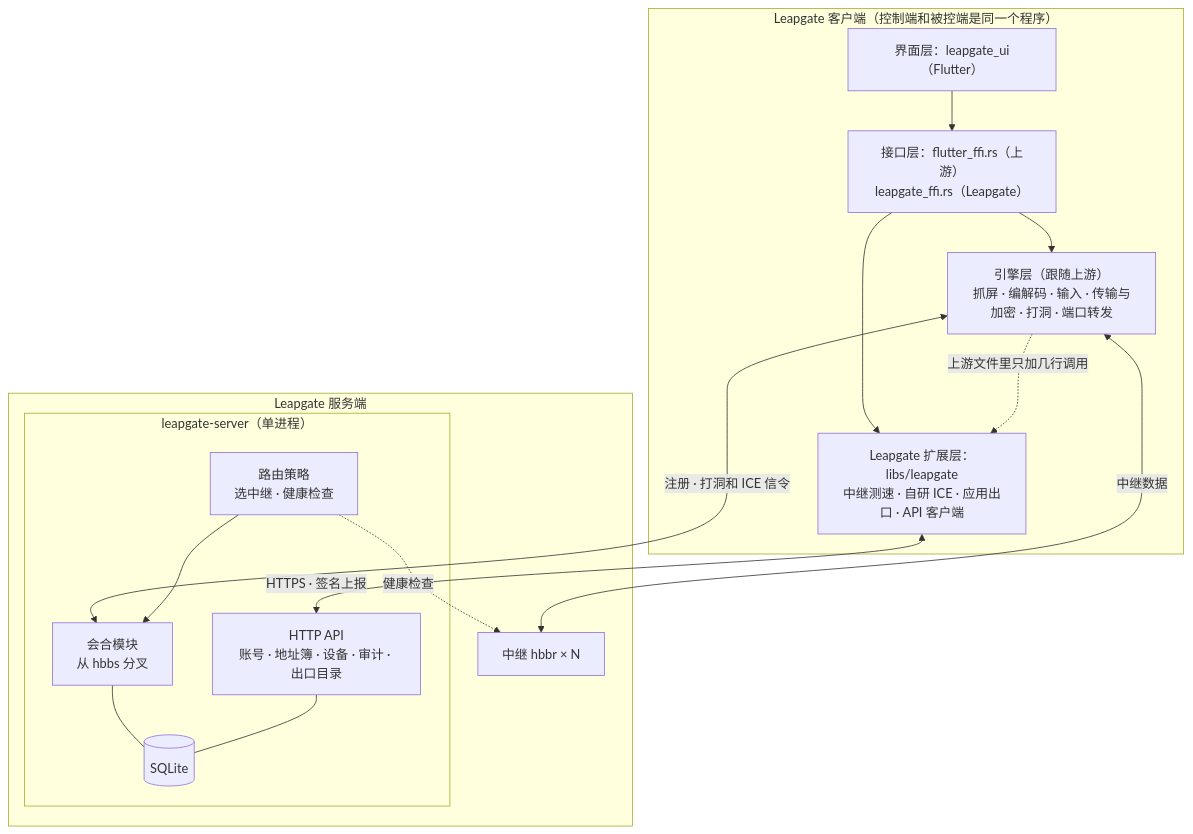
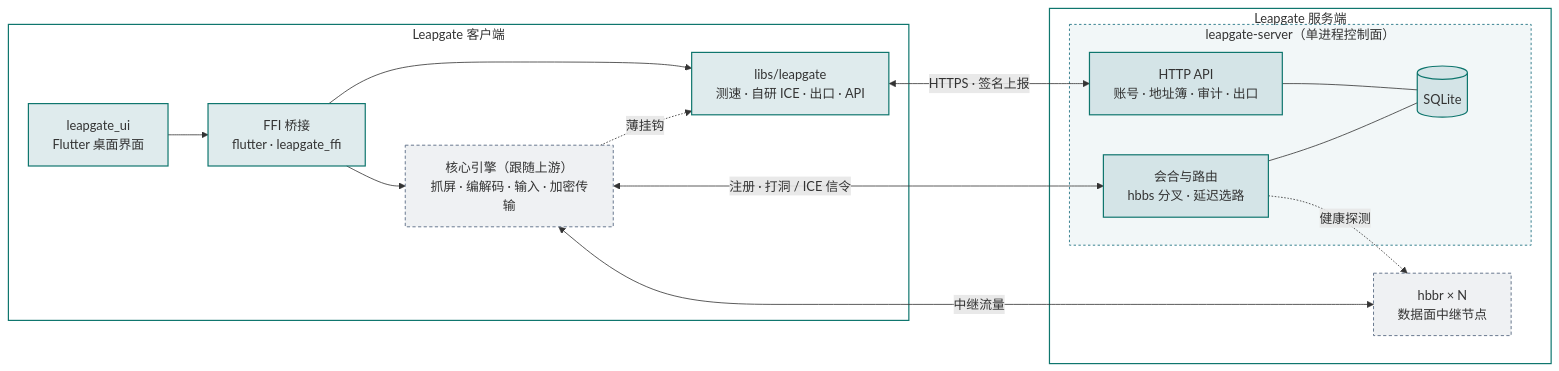
The diagram in README.md (Ogannesson/leapgate), drawn with Mermaid before and after one commit. The commit also changed other lines of this file and 19 other files, not shown here.

````diff
--- a/README.md
+++ b/README.md
@@ -215,29 +209,35 @@
 ```mermaid
-flowchart TB
-  subgraph C["Leapgate 客户端（控制端和被控端是同一个程序）"]
-    UI["界面层：leapgate_ui（Flutter）"]
-    FFI["接口层：flutter_ffi.rs（上游）<br/>leapgate_ffi.rs（Leapgate）"]
-    EXT["Leapgate 扩展层：libs/leapgate<br/>中继测速 · 自研 ICE · 应用出口 · API 客户端"]
-    ENG["引擎层（跟随上游）<br/>抓屏 · 编解码 · 输入 · 传输与加密 · 打洞 · 端口转发"]
+flowchart LR
+  subgraph C["Leapgate 客户端"]
+    UI["leapgate_ui<br/>Flutter 桌面界面"]:::lg
+    FFI["FFI 桥接<br/>flutter · leapgate_ffi"]:::lg
+    EXT["libs/leapgate<br/>测速 · 自研 ICE · 出口 · API"]:::lg
+    ENG["核心引擎（跟随上游）<br/>抓屏 · 编解码 · 输入 · 加密传输"]:::up
     UI --> FFI
+    FFI --> EXT
     FFI --> ENG
-    FFI --> EXT
-    ENG -.->|"上游文件里只加几行调用"| EXT
+    ENG -.->|"薄挂钩"| EXT
   end
+
   subgraph S["Leapgate 服务端"]
-    subgraph CP["leapgate-server（单进程）"]
-      RV["会合模块<br/>从 hbbs 分叉"]
-      API["HTTP API<br/>账号 · 地址簿 · 设备 · 审计 · 出口目录"]
-      RT["路由策略<br/>选中继 · 健康检查"]
-      DB[("SQLite")]
+    subgraph CP["leapgate-server（单进程控制面）"]
+      API["HTTP API<br/>账号 · 地址簿 · 审计 · 出口"]:::lg
+      RV["会合与路由<br/>hbbs 分叉 · 延迟选路"]:::lg
+      DB[("SQLite")]:::lg
+      API --- DB
+      RV --- DB
     end
-    RELAY["中继 hbbr × N"]
+    RELAY["hbbr × N<br/>数据面中继节点"]:::up
+    RV -.->|"健康探测"| RELAY
   end
-  ENG <-->|"注册 · 打洞和 ICE 信令"| RV
+
   EXT <-->|"HTTPS · 签名上报"| API
-  ENG <-->|"中继数据"| RELAY
-  RT --> RV
-  RT -.->|"健康检查"| RELAY
-  RV --- DB
-  API --- DB
+  ENG <-->|"注册 · 打洞 / ICE 信令"| RV
+  ENG <-->|"中继流量"| RELAY
+
+  classDef lg fill:#0B6577,fill-opacity:0.13,stroke:#0F766E,stroke-width:1.5px;
+  classDef up fill:#64748B,fill-opacity:0.10,stroke:#64748B,stroke-width:1.2px,stroke-dasharray:4 3;
+  style C fill:none,stroke:#0F766E,stroke-width:1.5px
+  style S fill:none,stroke:#0F766E,stroke-width:1.5px
+  style CP fill:#0B6577,fill-opacity:0.05,stroke:#0B6577,stroke-width:1px,stroke-dasharray:3 3
 ```
````
